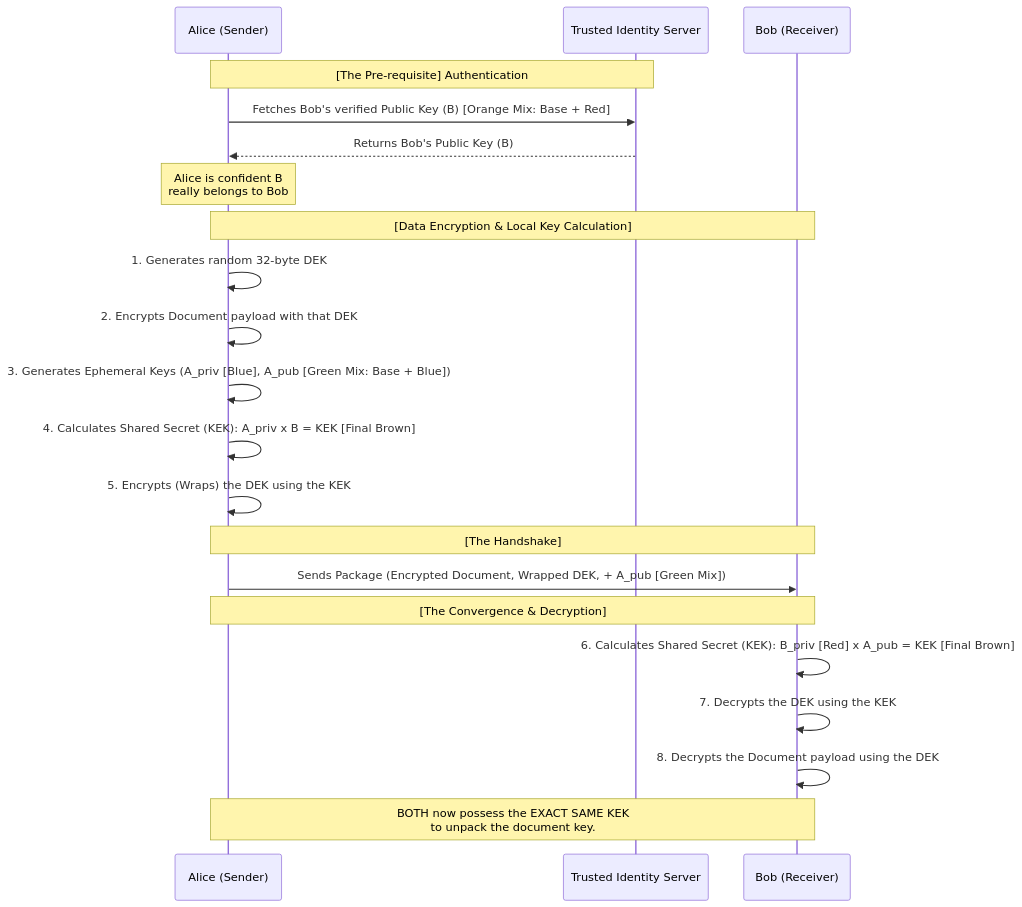
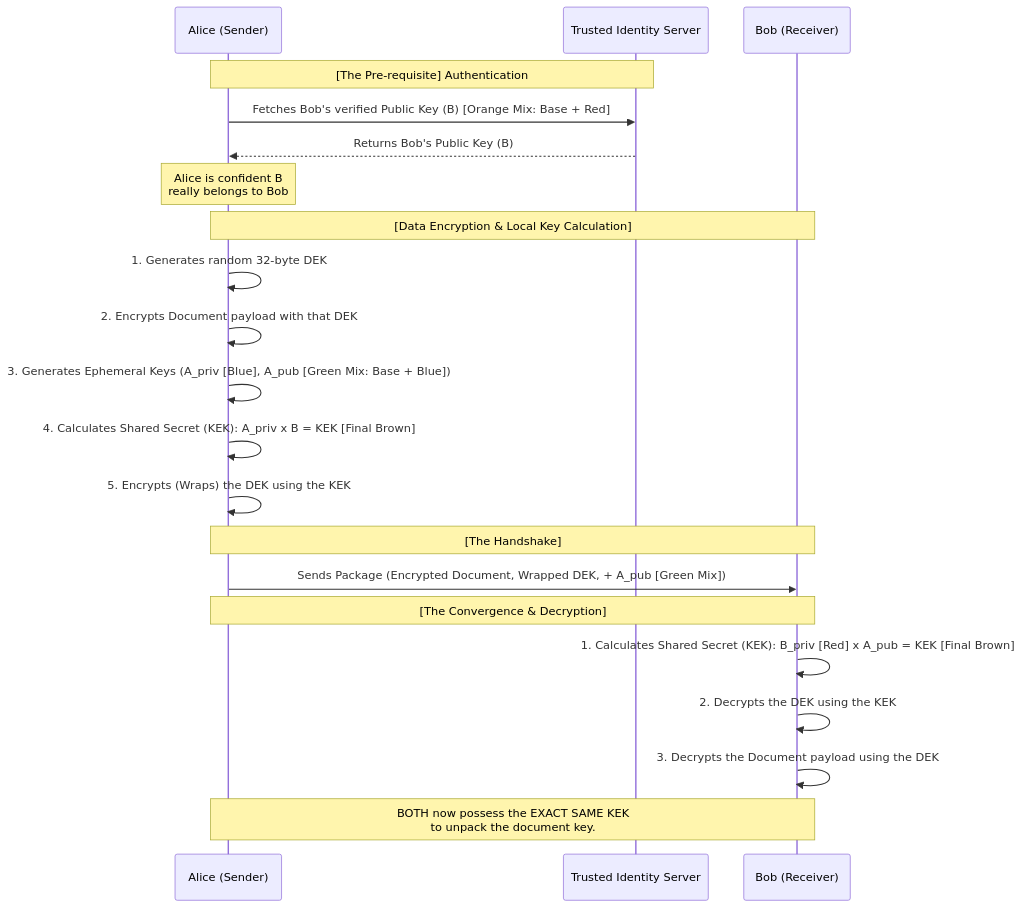
Before and after one commit to jellebaele/etiennelabs: the third of 5 diagrams in content/articles/end-to-end-encryption/pt2-asymmetric-cryptography-and-secure-collaboration.md, drawn with Mermaid. The commit also changed other lines of this file and 1 other file, not shown here.

````diff
--- a/content/articles/end-to-end-encryption/pt2-asymmetric-cryptography-and-secure-collaboration.md
+++ b/content/articles/end-to-end-encryption/pt2-asymmetric-cryptography-and-secure-collaboration.md
@@ -271,28 +237,28 @@
 ```mermaid
 sequenceDiagram
     participant Alice as Alice (Sender)
     participant Server as Trusted Identity Server
     participant Bob as Bob (Receiver)
 
     note over Alice, Server: [The Pre-requisite] Authentication
     Alice ->> Server: Fetches Bob's verified Public Key (B) [Orange Mix: Base + Red]
     Server -->> Alice: Returns Bob's Public Key (B)
     note over Alice: Alice is confident B<br/>really belongs to Bob
 
     note over Alice, Bob: [Data Encryption & Local Key Calculation]
     Alice ->> Alice: 1. Generates random 32-byte DEK
     Alice ->> Alice: 2. Encrypts Document payload with that DEK
     Alice ->> Alice: 3. Generates Ephemeral Keys (A_priv [Blue], A_pub [Green Mix: Base + Blue])
     Alice ->> Alice: 4. Calculates Shared Secret (KEK): A_priv x B = KEK [Final Brown]
     Alice ->> Alice: 5. Encrypts (Wraps) the DEK using the KEK
 
     note over Alice, Bob: [The Handshake]
     Alice ->> Bob: Sends Package (Encrypted Document, Wrapped DEK, + A_pub [Green Mix])
 
     note over Alice, Bob: [The Convergence & Decryption]
-    Bob ->> Bob: 6. Calculates Shared Secret (KEK): B_priv [Red] x A_pub = KEK [Final Brown]
-    Bob ->> Bob: 7. Decrypts the DEK using the KEK
-    Bob ->> Bob: 8. Decrypts the Document payload using the DEK
+    Bob ->> Bob: 1. Calculates Shared Secret (KEK): B_priv [Red] x A_pub = KEK [Final Brown]
+    Bob ->> Bob: 2. Decrypts the DEK using the KEK
+    Bob ->> Bob: 3. Decrypts the Document payload using the DEK
 
     note over Alice, Bob: BOTH now possess the EXACT SAME KEK<br/>to unpack the document key.
 ```
````
